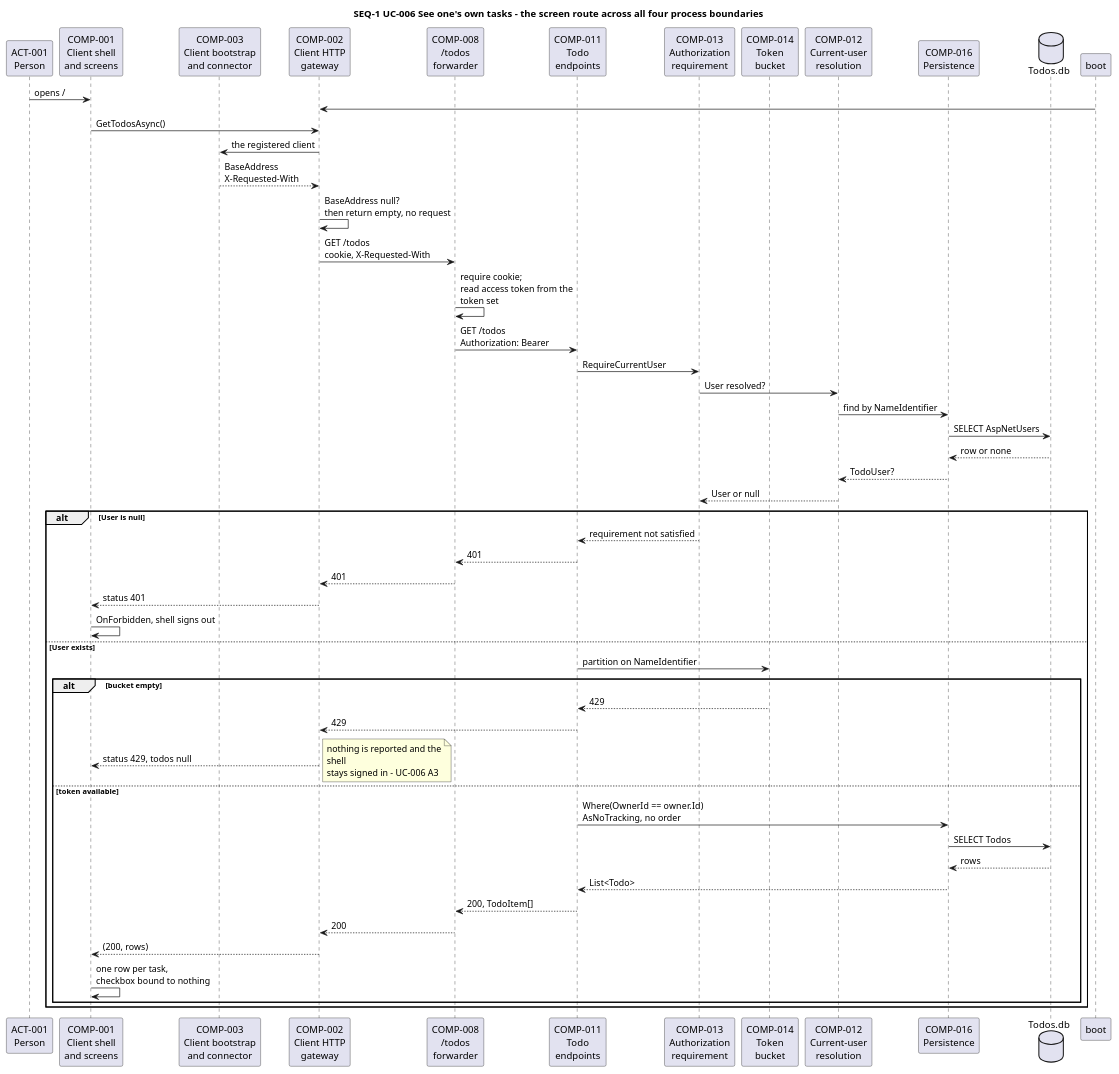
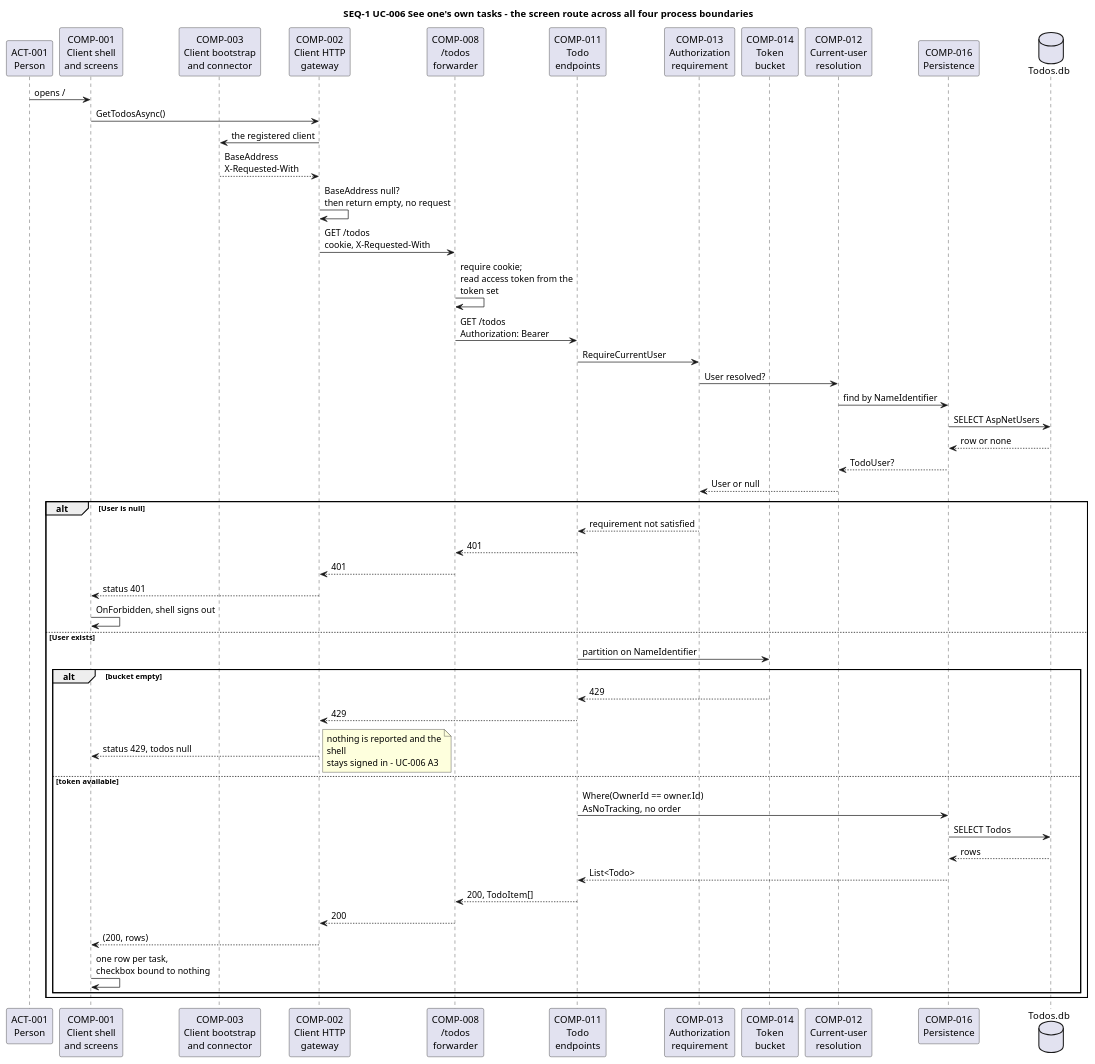
One commit to banense-test/TodoApp changed the fourth of 12 diagrams in docs/artifacts/analysis---design/software-architecture-document.md. Above: the diagram before and after it, drawn with PlantUML.

Commit message:
Software Architect [Consolidation1]: upsert Software Architecture Document
[skip ci]

````diff
--- a/docs/artifacts/analysis---design/software-architecture-document.md
+++ b/docs/artifacts/analysis---design/software-architecture-document.md
@@ -495,62 +495,61 @@
 ```plantuml
 @startuml
 title SEQ-1 UC-006 See one's own tasks - the screen route across all four process boundaries
 
 skinparam shadowing false
 skinparam wrapWidth 200
 skinparam maxMessageSize 190
 
 participant "ACT-001\nPerson" as U
 participant "COMP-001\nClient shell\nand screens" as UI
 participant "COMP-003\nClient bootstrap\nand connector" as BOOT
 participant "COMP-002\nClient HTTP\ngateway" as CLI
 participant "COMP-008\n/todos\nforwarder" as FWD
 participant "COMP-011\nTodo\nendpoints" as TODOS
 participant "COMP-013\nAuthorization\nrequirement" as AUTHZ
 participant "COMP-014\nToken\nbucket" as RATE
 participant "COMP-012\nCurrent-user\nresolution" as CU
 participant "COMP-016\nPersistence" as EF
 database "Todos.db" as DB
 
 U -> UI : opens /
-boot -> CLI
 UI -> CLI : GetTodosAsync()
 CLI -> BOOT : the registered client
 BOOT --> CLI : BaseAddress\nX-Requested-With
 CLI -> CLI : BaseAddress null?\nthen return empty, no request
 CLI -> FWD : GET /todos\ncookie, X-Requested-With
 FWD -> FWD : require cookie;\nread access token from the token set
 FWD -> TODOS : GET /todos\nAuthorization: Bearer
 TODOS -> AUTHZ : RequireCurrentUser
 AUTHZ -> CU : User resolved?
 CU -> EF : find by NameIdentifier
 EF -> DB : SELECT AspNetUsers
 DB --> EF : row or none
 EF --> CU : TodoUser?
 CU --> AUTHZ : User or null
 alt User is null
   AUTHZ --> TODOS : requirement not satisfied
   TODOS --> FWD : 401
   FWD --> CLI : 401
   CLI --> UI : status 401
   UI -> UI : OnForbidden, shell signs out
 else User exists
   TODOS -> RATE : partition on NameIdentifier
   alt bucket empty
     RATE --> TODOS : 429
     TODOS --> CLI : 429
     CLI --> UI : status 429, todos null
     note right : nothing is reported and the shell\nstays signed in - UC-006 A3
   else token available
     TODOS -> EF : Where(OwnerId == owner.Id)\nAsNoTracking, no order
     EF -> DB : SELECT Todos
     DB --> EF : rows
     EF --> TODOS : List<Todo>
     TODOS --> FWD : 200, TodoItem[]
     FWD --> CLI : 200
     CLI --> UI : (200, rows)
     UI -> UI : one row per task,\ncheckbox bound to nothing
   end
 end
 @enduml
 ```
````
